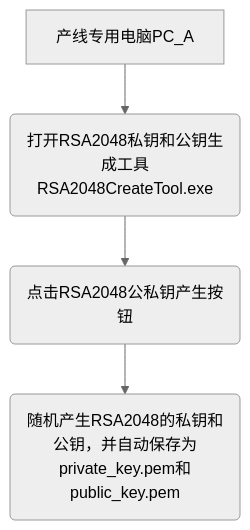
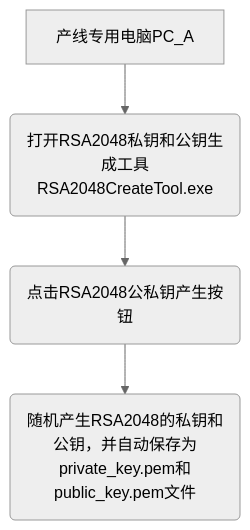
One commit to facebook-cloud/iodraw-files changed the diagram in all/未命名-10.md. Above: the diagram before and after it, drawn with Mermaid (neutral theme).

Commit message:
2026-01-06 20:28:49 update

````diff
--- a/all/未命名-10.md
+++ b/all/未命名-10.md
@@ -1,6 +1,6 @@
 ```mermaid
 graph TD
     A[产线专用电脑PC_A] --> B(打开RSA2048私钥和公钥生成工具RSA2048CreateTool.exe)
     B --> C(点击RSA2048公私钥产生按钮)
-    C --> F(随机产生RSA2048的私钥和公钥，并自动保存为private_key.pem和public_key.pem)
+    C --> F(随机产生RSA2048的私钥和公钥，并自动保存为private_key.pem和public_key.pem文件)
 ```
````
